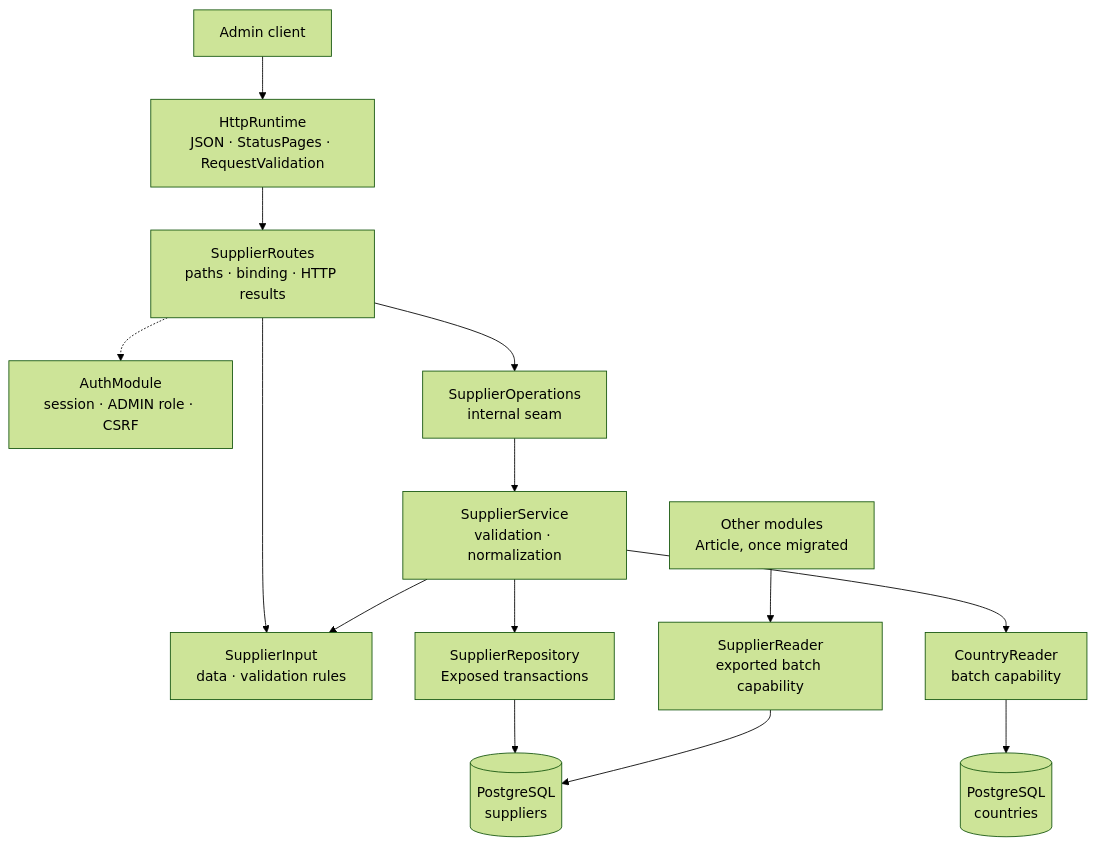
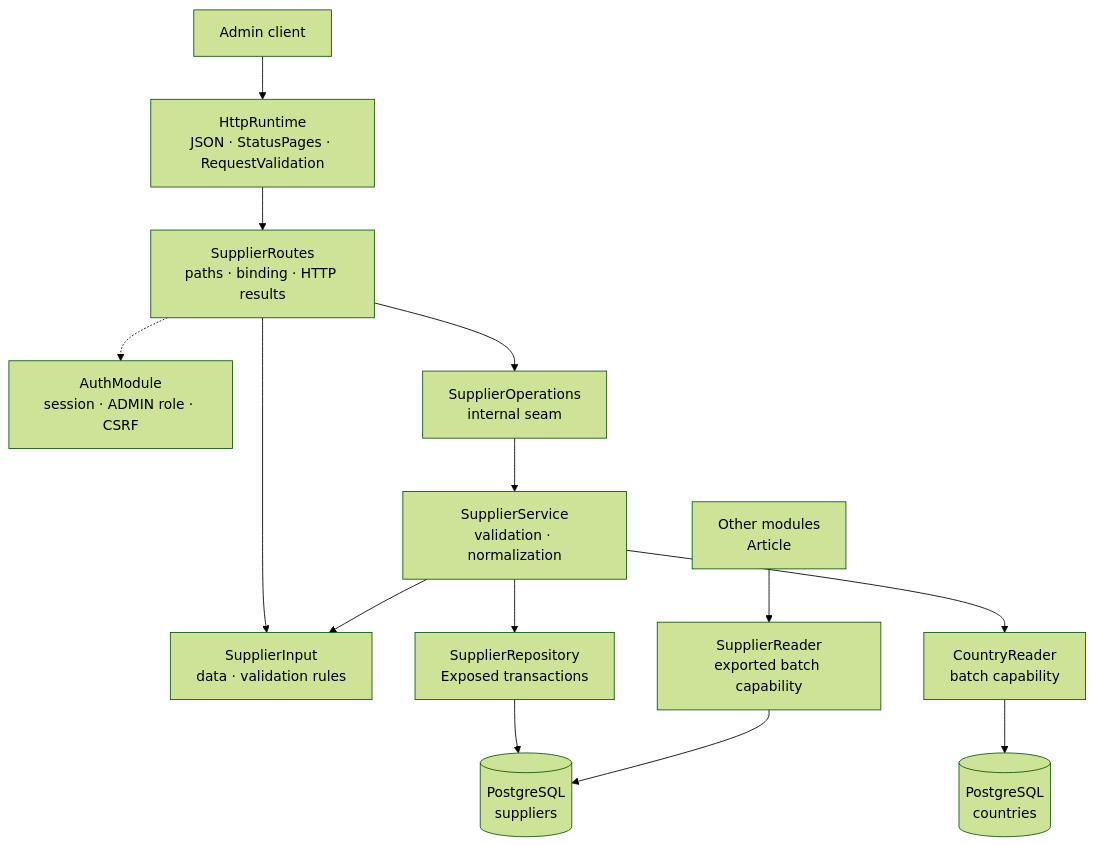
The diagram in docs/dev/backend/supplier-package.md (bitstorm-tech/voenix-shop-kotlin), drawn with Mermaid (forest theme) before and after one commit. The commit also changed other lines of this file and 3 other files, not shown here.

````diff
--- a/docs/dev/backend/supplier-package.md
+++ b/docs/dev/backend/supplier-package.md
@@ -25,29 +26,29 @@
 ```mermaid
 flowchart TB
     Client["Admin client"]
     Http["HttpRuntime<br/>JSON · StatusPages · RequestValidation"]
     Auth["AuthModule<br/>session · ADMIN role · CSRF"]
     Routes["SupplierRoutes<br/>paths · binding · HTTP results"]
     Input["SupplierInput<br/>data · validation rules"]
     Operations["SupplierOperations<br/>internal seam"]
     Service["SupplierService<br/>validation · normalization"]
     Repository["SupplierRepository<br/>Exposed transactions"]
     CountryReader["CountryReader<br/>batch capability"]
     SupplierReader["SupplierReader<br/>exported batch capability"]
-    Consumer["Other modules<br/>Article, once migrated"]
+    Consumer["Other modules<br/>Article"]
     Suppliers[("PostgreSQL<br/>suppliers")]
     Countries[("PostgreSQL<br/>countries")]
 
     Client --> Http --> Routes
     Routes -.-> Auth
     Routes --> Input
     Routes --> Operations
     Operations --> Service
     Service --> Input
     Service --> Repository
     Repository --> Suppliers
     Service --> CountryReader
     CountryReader --> Countries
     Consumer --> SupplierReader
     SupplierReader --> Suppliers
 ```
````
